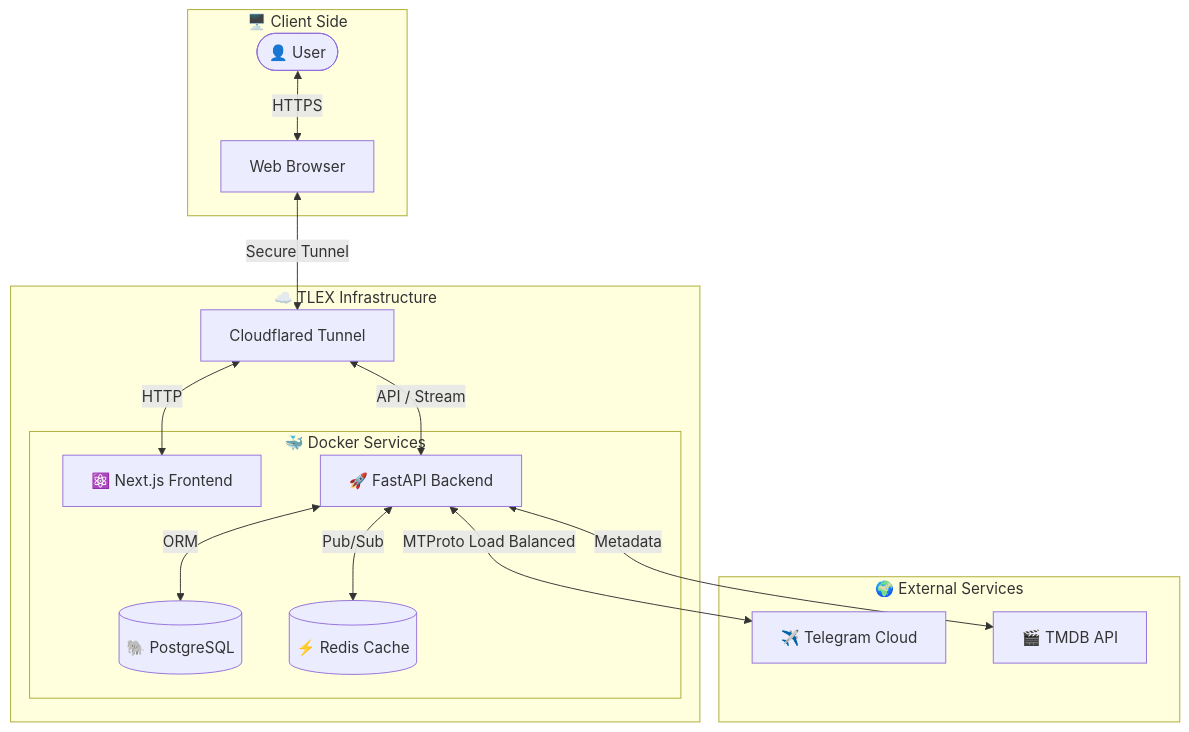
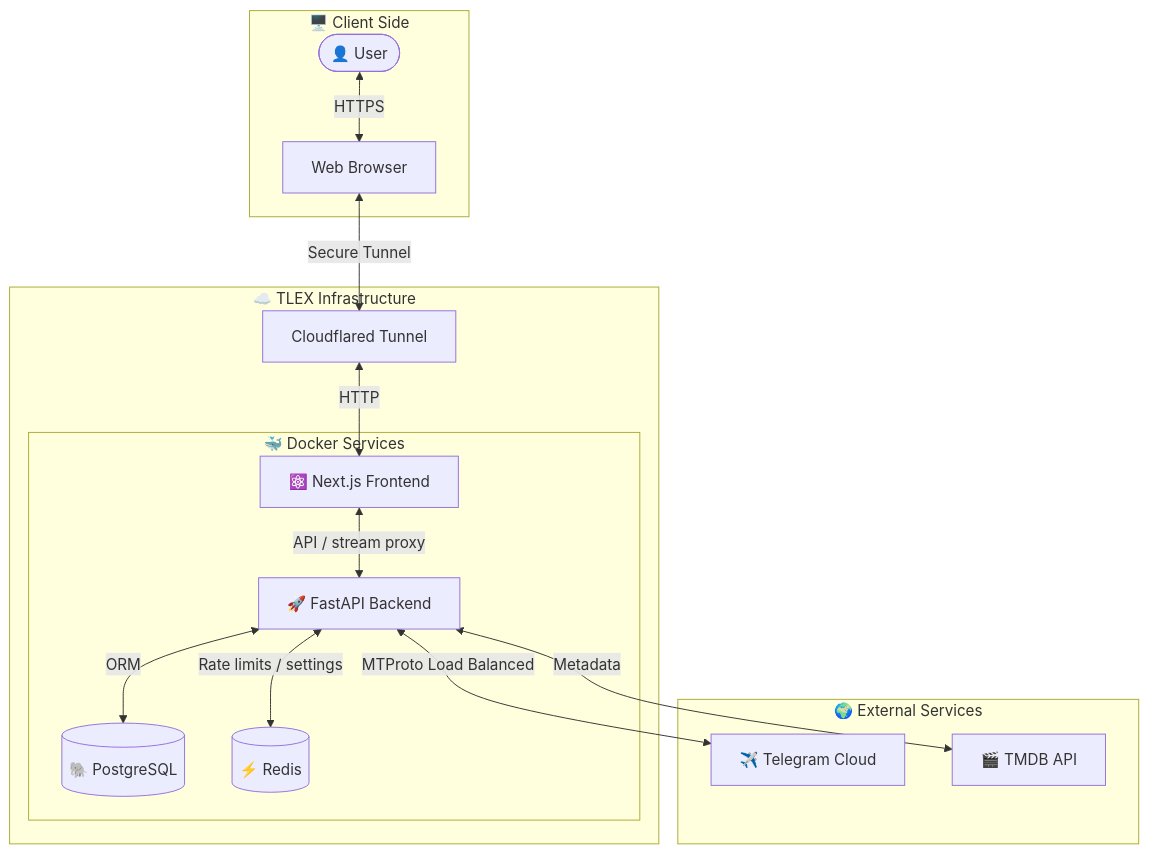
The diagram in README.md (Sante96/Tlex), drawn with Mermaid before and after one commit. The commit also changed other lines of this file and 3 other files, not shown here.

````diff
--- a/README.md
+++ b/README.md
@@ -60,35 +60,35 @@
 ```mermaid
 graph TD
     subgraph Client ["🖥️ Client Side"]
         User([👤 User]) <-->|HTTPS| Browser[Web Browser]
     end
 
     subgraph Infrastructure ["☁️ TLEX Infrastructure"]
         Tunnel[Cloudflared Tunnel]
         
         subgraph Docker ["🐳 Docker Services"]
             Frontend[⚛️ Next.js Frontend]
             Backend[🚀 FastAPI Backend]
             
             DB[(🐘 PostgreSQL)]
-            Redis[(⚡ Redis Cache)]
+            Redis[(⚡ Redis)]
             
+            Frontend <-->|API / stream proxy| Backend
             Backend <-->|ORM| DB
-            Backend <-->|Pub/Sub| Redis
+            Backend <-->|Rate limits / settings| Redis
         end
         
         Browser <-->|Secure Tunnel| Tunnel
         Tunnel <-->|HTTP| Frontend
-        Tunnel <-->|API / Stream| Backend
     end
 
     subgraph External ["🌍 External Services"]
         Telegram[✈️ Telegram Cloud]
         TMDB[🎬 TMDB API]
     end
 
     Backend <-->|Metadata| TMDB
     Backend <-->|MTProto Load Balanced| Telegram
     
 
 ```
````
